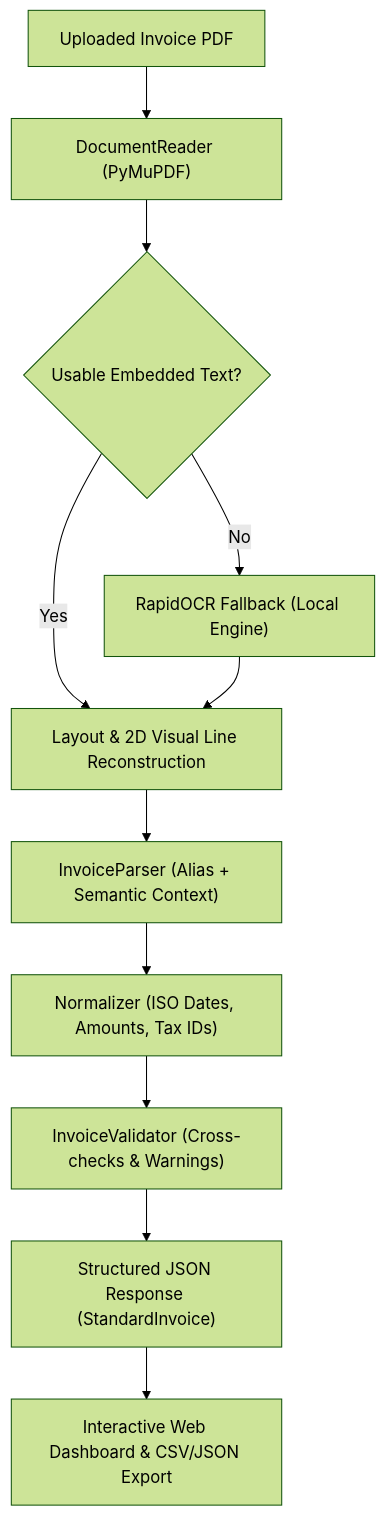
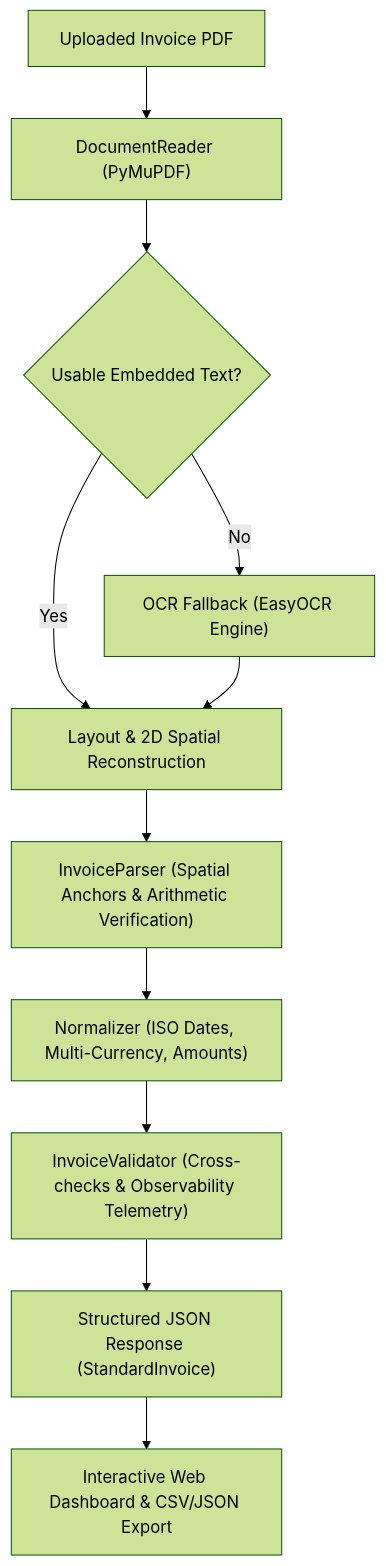
The diagram in README.md (Happybhai329/invoice-extractor), drawn with Mermaid (forest theme) before and after one commit. The commit also changed other lines of this file, not shown here.

````diff
--- a/README.md
+++ b/README.md
@@ -11,13 +11,13 @@
 ```mermaid
 flowchart TD
     PDF["Uploaded Invoice PDF"] --> Reader["DocumentReader (PyMuPDF)"]
     Reader --> Usable{"Usable Embedded Text?"}
-    Usable -- Yes --> Layout["Layout & 2D Visual Line Reconstruction"]
-    Usable -- No --> OCR["RapidOCR Fallback (Local Engine)"]
+    Usable -- Yes --> Layout["Layout & 2D Spatial Reconstruction"]
+    Usable -- No --> OCR["OCR Fallback (EasyOCR Engine)"]
     OCR --> Layout
-    Layout --> Parser["InvoiceParser (Alias + Semantic Context)"]
-    Parser --> Norm["Normalizer (ISO Dates, Amounts, Tax IDs)"]
-    Norm --> Val["InvoiceValidator (Cross-checks & Warnings)"]
+    Layout --> Parser["InvoiceParser (Spatial Anchors & Arithmetic Verification)"]
+    Parser --> Norm["Normalizer (ISO Dates, Multi-Currency, Amounts)"]
+    Norm --> Val["InvoiceValidator (Cross-checks & Observability Telemetry)"]
     Val --> Response["Structured JSON Response (StandardInvoice)"]
     Response --> UI["Interactive Web Dashboard & CSV/JSON Export"]
 ```
````
